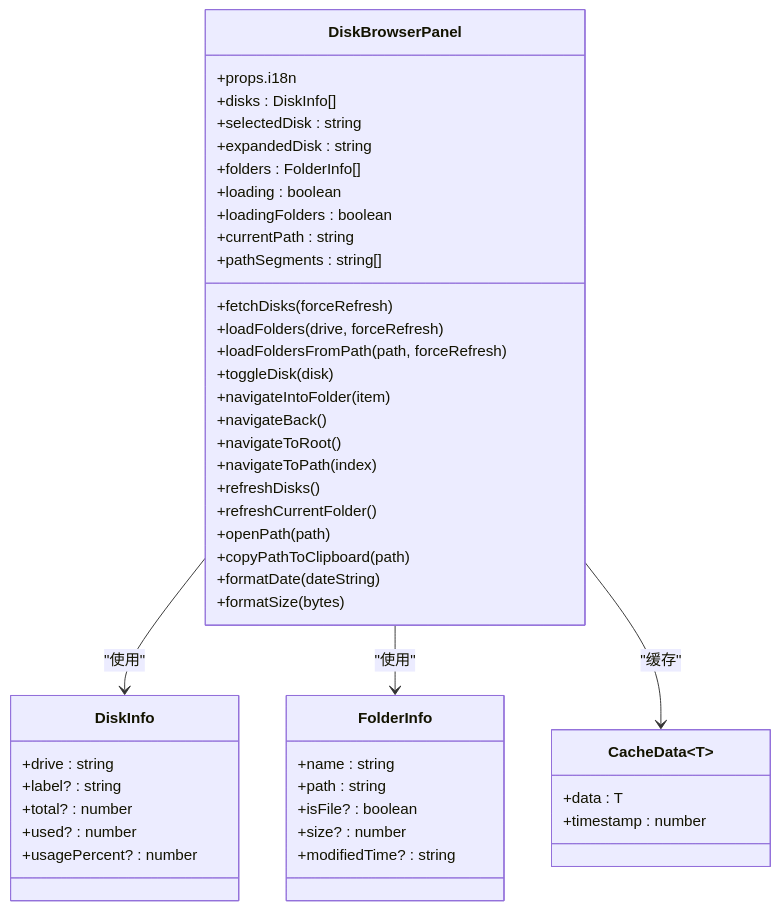
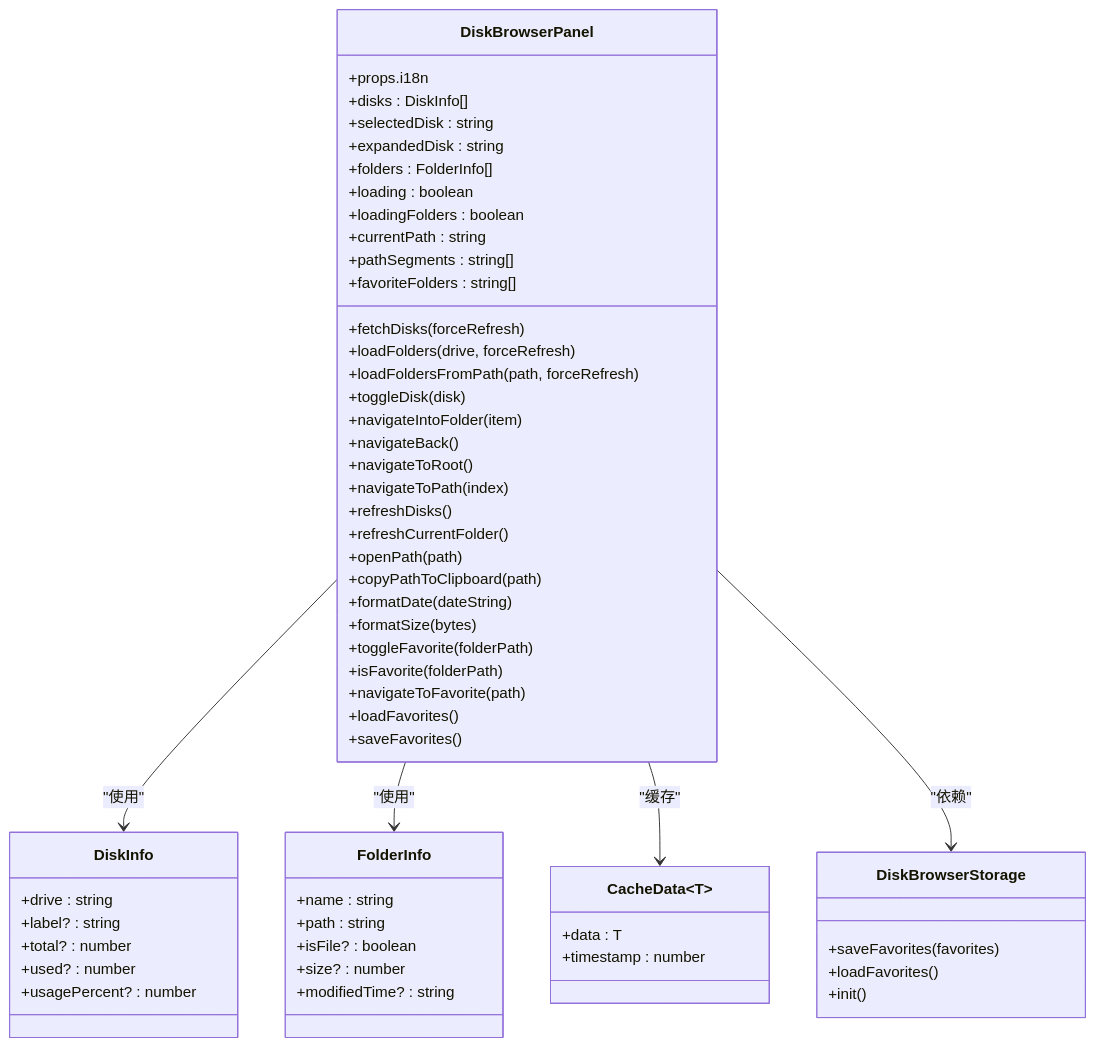
One commit to 851039536/siyuanPluginVueSN changed the third of 7 diagrams in .qoder/repowiki/zh/content/功能模块详解/磁盘浏览器.md. Above: the diagram before and after it, drawn with Mermaid. The commit also changed other lines of this file and 9 other files, not shown here.

````diff
--- a/.qoder/repowiki/zh/content/功能模块详解/磁盘浏览器.md
+++ b/.qoder/repowiki/zh/content/功能模块详解/磁盘浏览器.md
@@ -112,49 +136,61 @@
 ```mermaid
 classDiagram
 class DiskBrowserPanel {
 +props.i18n
 +disks : DiskInfo[]
 +selectedDisk : string
 +expandedDisk : string
 +folders : FolderInfo[]
 +loading : boolean
 +loadingFolders : boolean
 +currentPath : string
 +pathSegments : string[]
++favoriteFolders : string[]
 +fetchDisks(forceRefresh)
 +loadFolders(drive, forceRefresh)
 +loadFoldersFromPath(path, forceRefresh)
 +toggleDisk(disk)
 +navigateIntoFolder(item)
 +navigateBack()
 +navigateToRoot()
 +navigateToPath(index)
 +refreshDisks()
 +refreshCurrentFolder()
 +openPath(path)
 +copyPathToClipboard(path)
 +formatDate(dateString)
 +formatSize(bytes)
++toggleFavorite(folderPath)
++isFavorite(folderPath)
++navigateToFavorite(path)
++loadFavorites()
++saveFavorites()
 }
 class DiskInfo {
 +drive : string
 +label? : string
 +total? : number
 +used? : number
 +usagePercent? : number
 }
 class FolderInfo {
 +name : string
 +path : string
 +isFile? : boolean
 +size? : number
 +modifiedTime? : string
 }
 class CacheData~T~ {
 +data : T
 +timestamp : number
 }
+class DiskBrowserStorage {
++saveFavorites(favorites)
++loadFavorites()
++init()
+}
 DiskBrowserPanel --> DiskInfo : "使用"
 DiskBrowserPanel --> FolderInfo : "使用"
 DiskBrowserPanel --> CacheData : "缓存"
+DiskBrowserPanel --> DiskBrowserStorage : "依赖"
 ```
````
